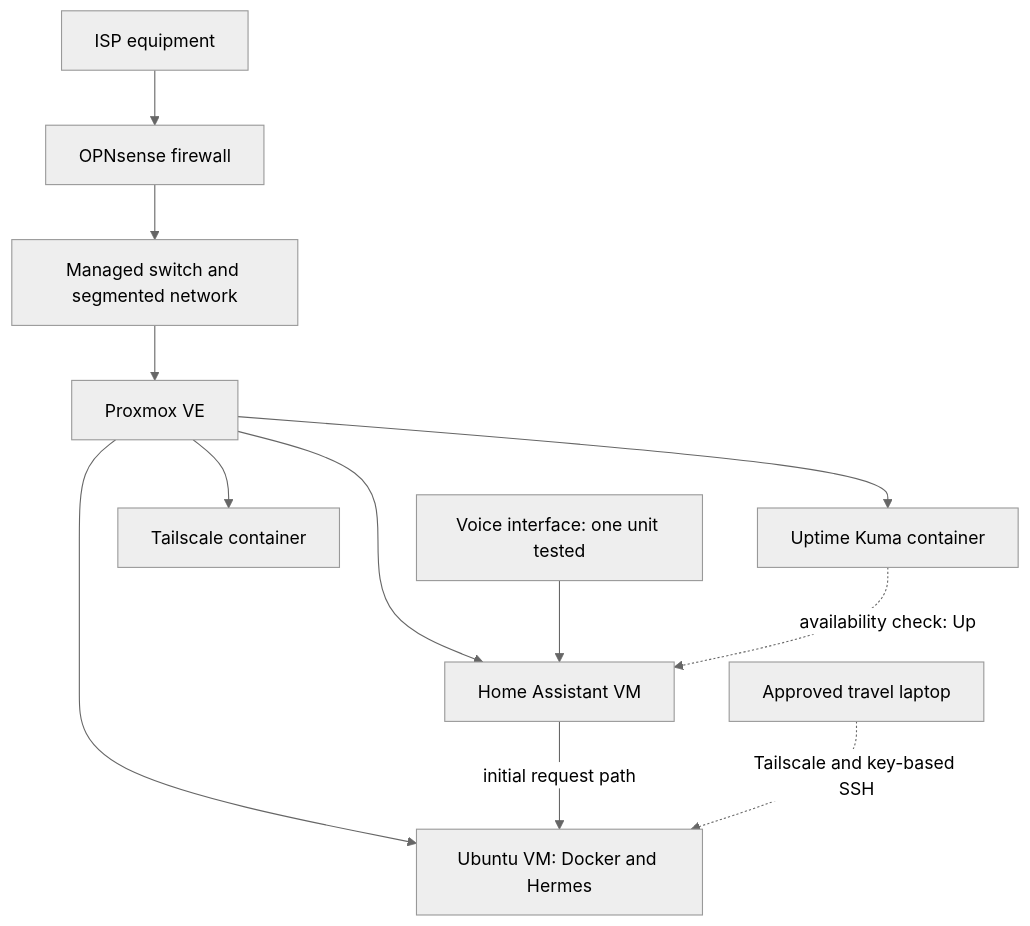
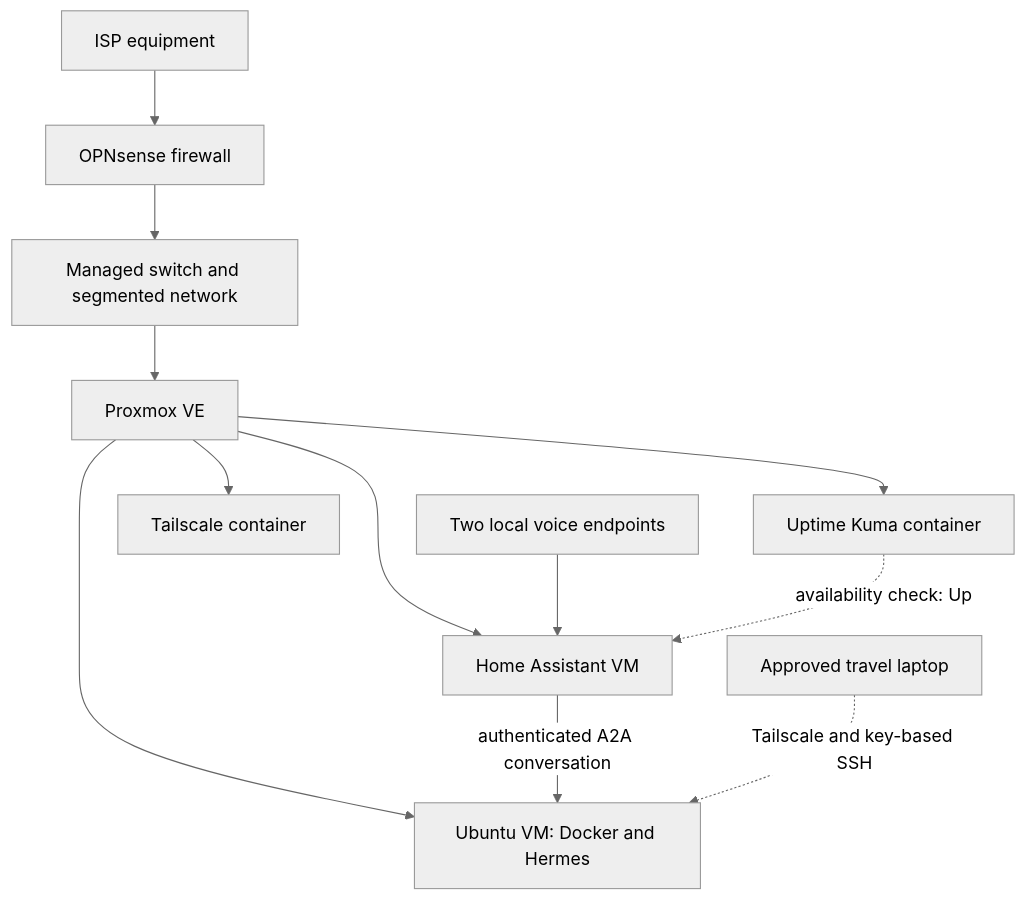
The first of 2 diagrams in docs/architecture.md (DeadPol8789/homelab), drawn with Mermaid (neutral theme) before and after one commit. The commit also changed other lines of this file and 6 other files, not shown here.

````diff
--- a/docs/architecture.md
+++ b/docs/architecture.md
@@ -29,14 +29,14 @@
 ```mermaid
 flowchart TD
     ISP["ISP equipment"] --> FW["OPNsense firewall"]
     FW --> SW["Managed switch and segmented network"]
     SW --> PVE["Proxmox VE"]
     PVE --> HERMES["Ubuntu VM: Docker and Hermes"]
     PVE --> HA["Home Assistant VM"]
     PVE --> KUMA["Uptime Kuma container"]
     PVE --> TS["Tailscale container"]
-    VOICE["Voice interface: one unit tested"] --> HA
-    HA -->|"initial request path"| HERMES
+    VOICE["Two local voice endpoints"] --> HA
+    HA -->|"authenticated A2A conversation"| HERMES
     KUMA -. "availability check: Up" .-> HA
     REMOTE["Approved travel laptop"] -. "Tailscale and key-based SSH" .-> HERMES
 ```
````
